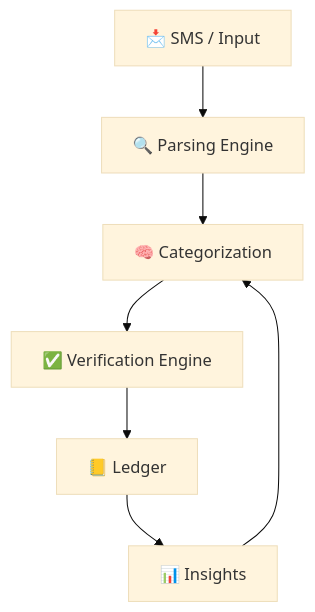
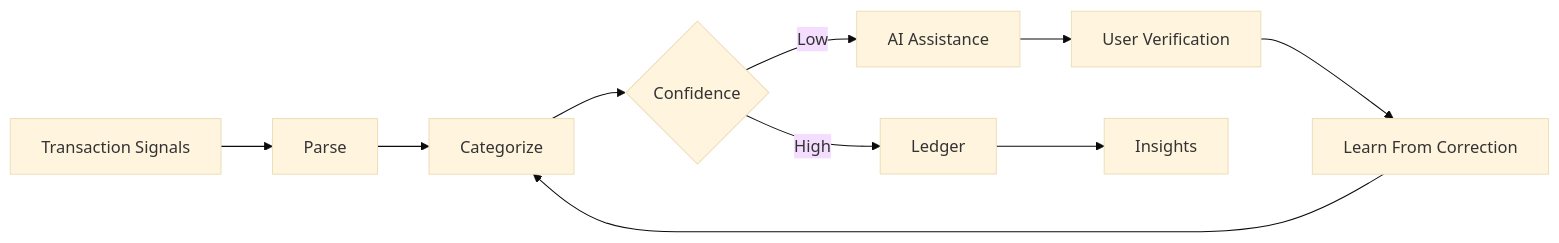
The second of 2 diagrams in README.md (atharva7406/khaatakit-mobile), drawn with Mermaid (base theme) before and after one commit. The commit also changed other lines of this file, not shown here.

````diff
--- a/README.md
+++ b/README.md
@@ -142,9 +80,12 @@
-```mermaid id="flow-smart"
-flowchart TD
-A[📩 SMS / Input] --> B[🔍 Parsing Engine]
-B --> C[🧠 Categorization]
-C --> D[✅ Verification Engine]
-D --> E[📒 Ledger]
-E --> F[📊 Insights]
-F --> C
+```mermaid
+flowchart LR
+    A[Transaction Signals] --> B[Parse]
+    B --> C[Categorize]
+    C --> D{Confidence}
+    D -->|High| E[Ledger]
+    D -->|Low| F[AI Assistance]
+    F --> G[User Verification]
+    G --> H[Learn From Correction]
+    H --> C
+    E --> I[Insights]
 ```
````
